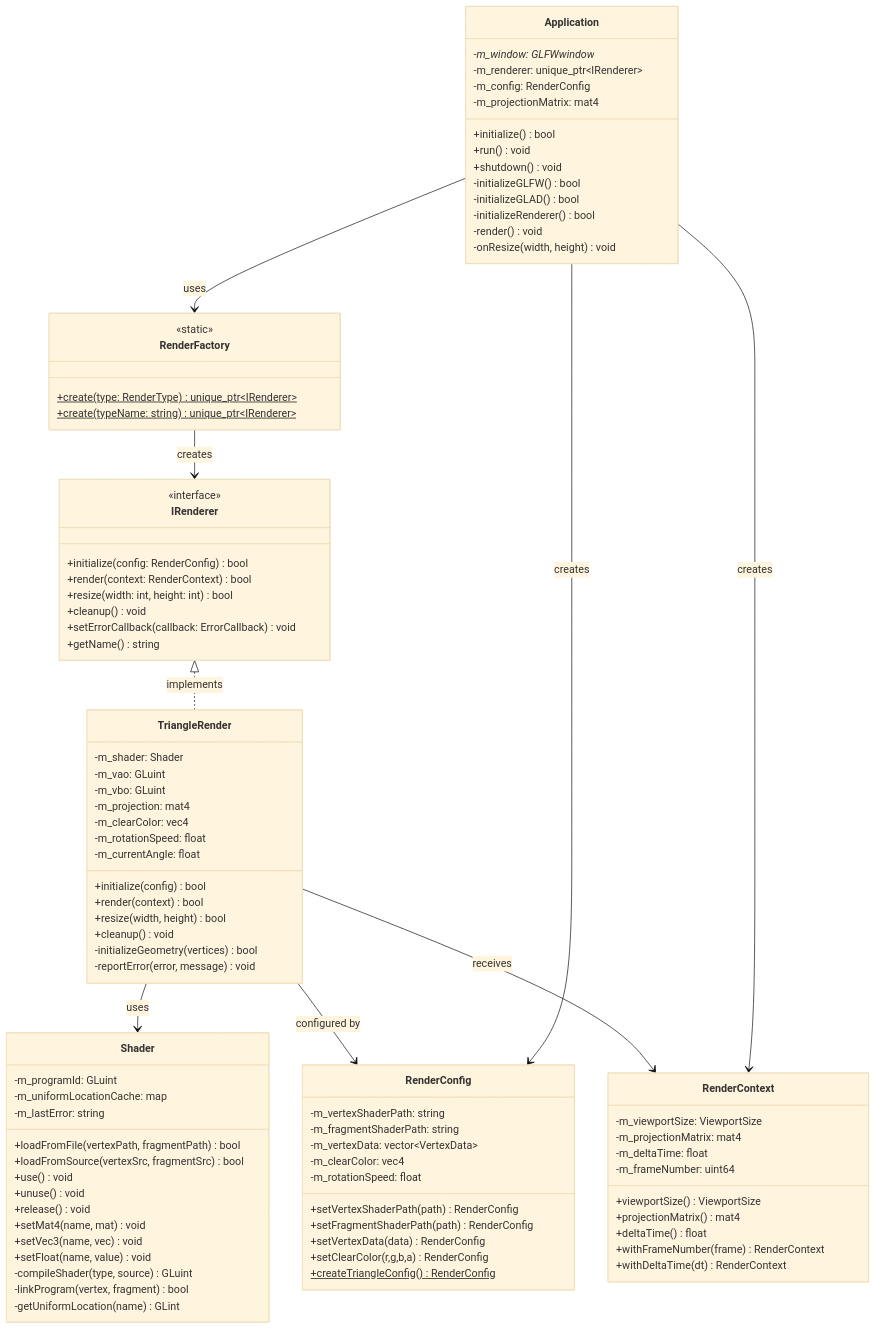
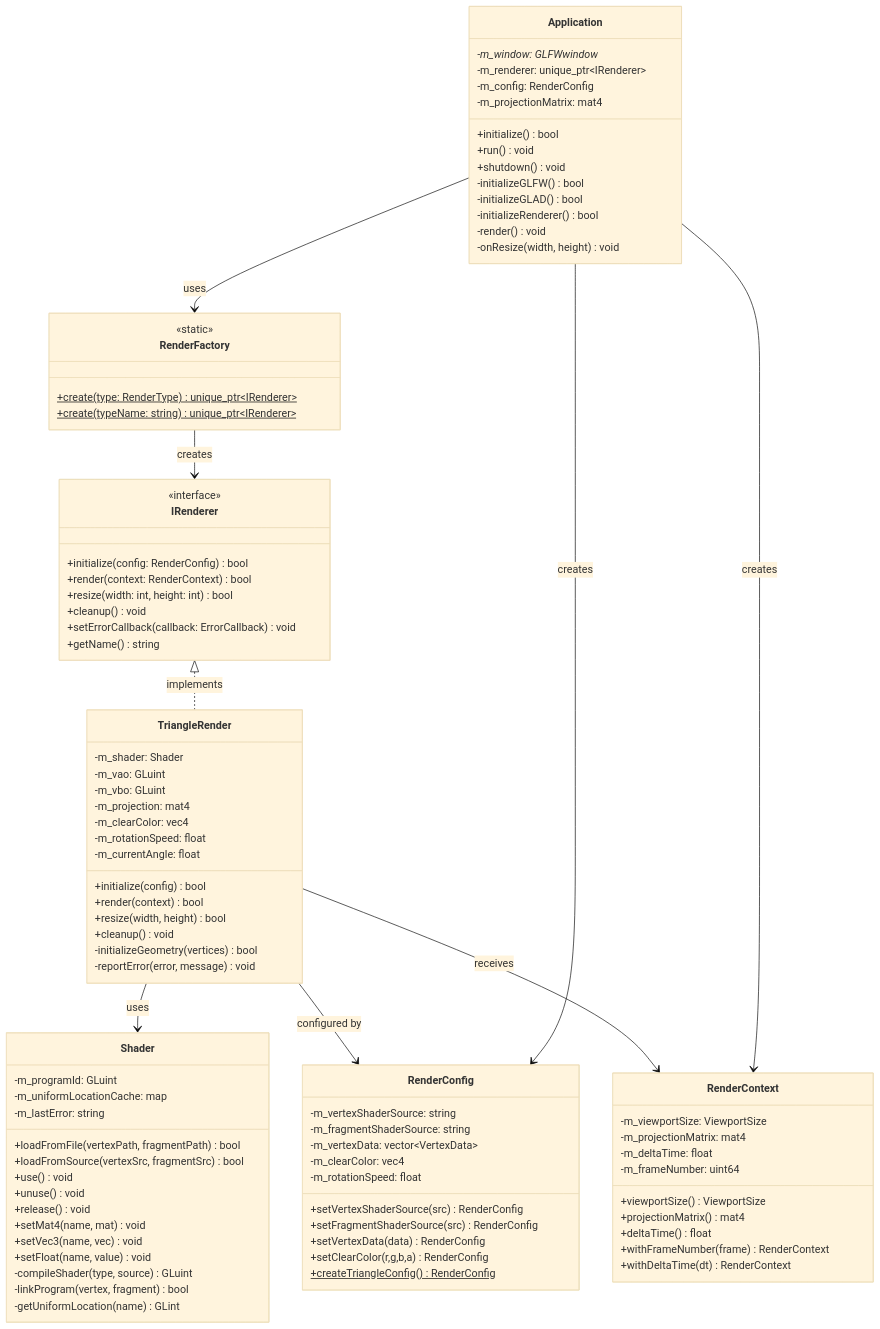
The fourth of 14 diagrams in docs/PROJECT_STRUCTURE.md (banned104/OpenGL_Framework), drawn with Mermaid (base theme) before and after one commit. The commit also changed other lines of this file and 1 other file, not shown here.

```diff
--- a/docs/PROJECT_STRUCTURE.md
+++ b/docs/PROJECT_STRUCTURE.md
@@ -123,13 +220,13 @@
     }
     
     class RenderConfig {
-        -m_vertexShaderPath: string
-        -m_fragmentShaderPath: string
+        -m_vertexShaderSource: string
+        -m_fragmentShaderSource: string
         -m_vertexData: vector~VertexData~
         -m_clearColor: vec4
         -m_rotationSpeed: float
-        +setVertexShaderPath(path) RenderConfig
-        +setFragmentShaderPath(path) RenderConfig
+        +setVertexShaderSource(src) RenderConfig
+        +setFragmentShaderSource(src) RenderConfig
         +setVertexData(data) RenderConfig
         +setClearColor(r,g,b,a) RenderConfig
         +createTriangleConfig()$ RenderConfig
```
